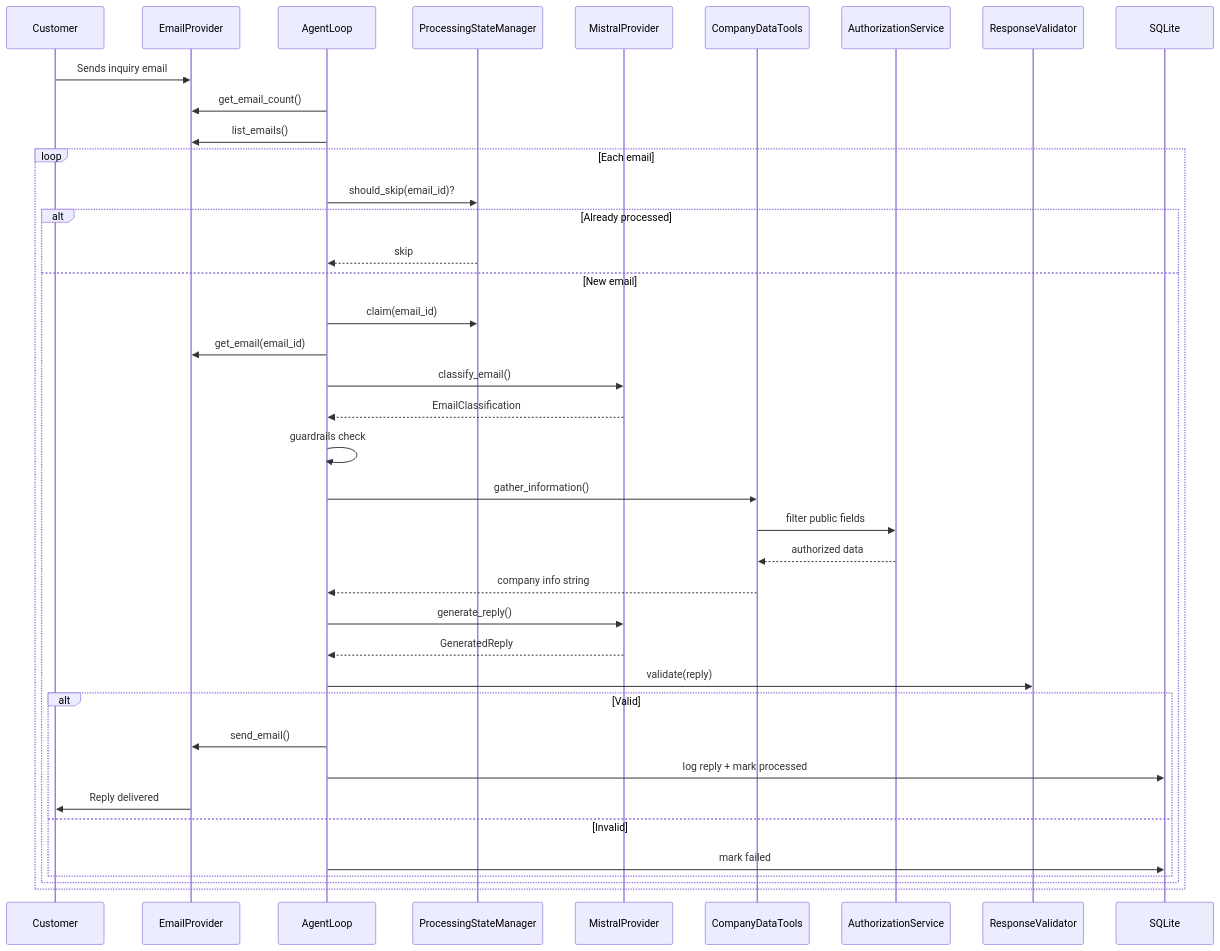
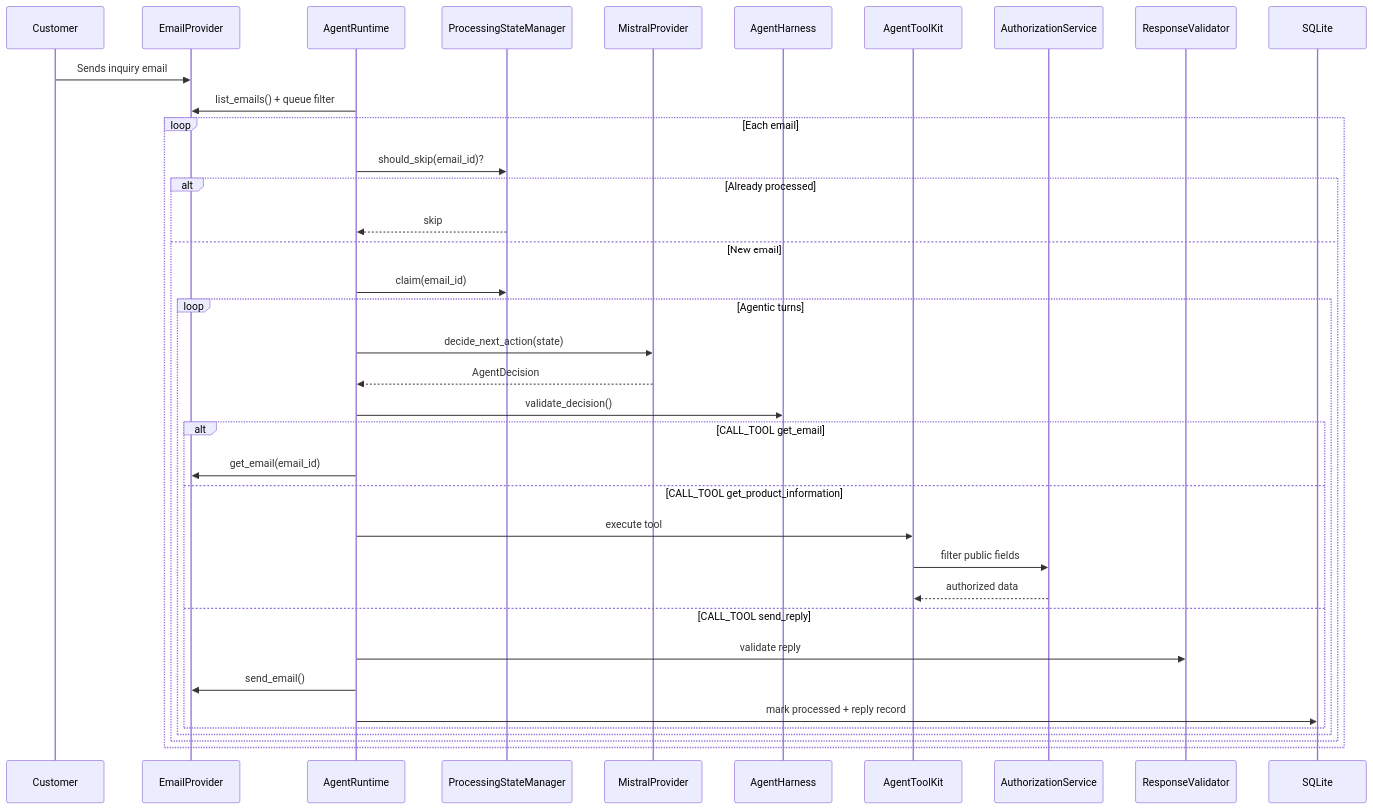
The ninth of 9 diagrams in README.md (Nisarg9072-god/Email-Agent), drawn with Mermaid before and after one commit. The commit also changed other lines of this file and 5 other files, not shown here.

````diff
--- a/README.md
+++ b/README.md
@@ -1006,42 +1004,40 @@
 ```mermaid
 sequenceDiagram
     participant Customer
     participant Mailbox as EmailProvider
-    participant Agent as AgentLoop
+    participant Runtime as AgentRuntime
     participant State as ProcessingStateManager
     participant Mistral as MistralProvider
-    participant Tools as CompanyDataTools
+    participant Harness as AgentHarness
+    participant Tools as AgentToolKit
     participant Auth as AuthorizationService
     participant Val as ResponseValidator
     participant DB as SQLite
 
     Customer->>Mailbox: Sends inquiry email
-    Agent->>Mailbox: get_email_count()
-    Agent->>Mailbox: list_emails()
+    Runtime->>Mailbox: list_emails() + queue filter
     loop Each email
-        Agent->>State: should_skip(email_id)?
+        Runtime->>State: should_skip(email_id)?
         alt Already processed
-            State-->>Agent: skip
+            State-->>Runtime: skip
         else New email
-            Agent->>State: claim(email_id)
-            Agent->>Mailbox: get_email(email_id)
-            Agent->>Mistral: classify_email()
-            Mistral-->>Agent: EmailClassification
-            Agent->>Agent: guardrails check
-            Agent->>Tools: gather_information()
-            Tools->>Auth: filter public fields
-            Auth-->>Tools: authorized data
-            Tools-->>Agent: company info string
-            Agent->>Mistral: generate_reply()
-            Mistral-->>Agent: GeneratedReply
-            Agent->>Val: validate(reply)
-            alt Valid
-                Agent->>Mailbox: send_email()
-                Agent->>DB: log reply + mark processed
-                Mailbox->>Customer: Reply delivered
-            else Invalid
-                Agent->>DB: mark failed
+            Runtime->>State: claim(email_id)
+            loop Agentic turns
+                Runtime->>Mistral: decide_next_action(state)
+                Mistral-->>Runtime: AgentDecision
+                Runtime->>Harness: validate_decision()
+                alt CALL_TOOL get_email
+                    Runtime->>Mailbox: get_email(email_id)
+                else CALL_TOOL get_product_information
+                    Runtime->>Tools: execute tool
+                    Tools->>Auth: filter public fields
+                    Auth-->>Tools: authorized data
+                else CALL_TOOL send_reply
+                    Runtime->>Val: validate reply
+                    Runtime->>Mailbox: send_email()
+                    Runtime->>DB: mark processed + reply record
+                end
             end
         end
     end
 ```
````
